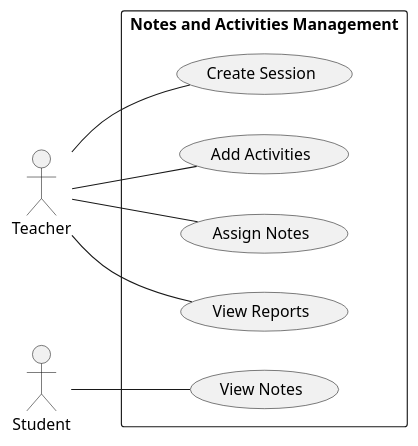
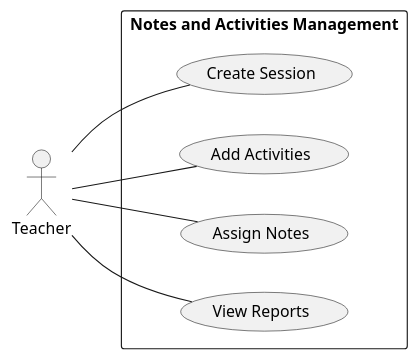
Before and after one commit to Ayoub-El-Bouzidi/fil-rouge: the diagram in Branch Functional/UseCase.puml, drawn with PlantUML. The commit also changed 3 other files, not shown here.

Commit message:
Diagramme de cas d'utilisation

```diff
--- a/Branch Functional/UseCase.puml
+++ b/Branch Functional/UseCase.puml
@@ -1,23 +1,23 @@
 @startuml
 left to right direction
 skinparam packageStyle rect
 
 actor Teacher as T
-actor Student as S
+
 
 package "Notes and Activities Management" {
     usecase "Create Session" as CS
     usecase "Add Activities" as AA
     usecase "Assign Notes" as AN
     usecase "View Reports" as VR
-    usecase "View Notes" as VN
+
 }
 
 T -- CS
 T -- AA
 T -- AN
 T -- VR
 
-S -- VN
+
 
 @enduml
```
